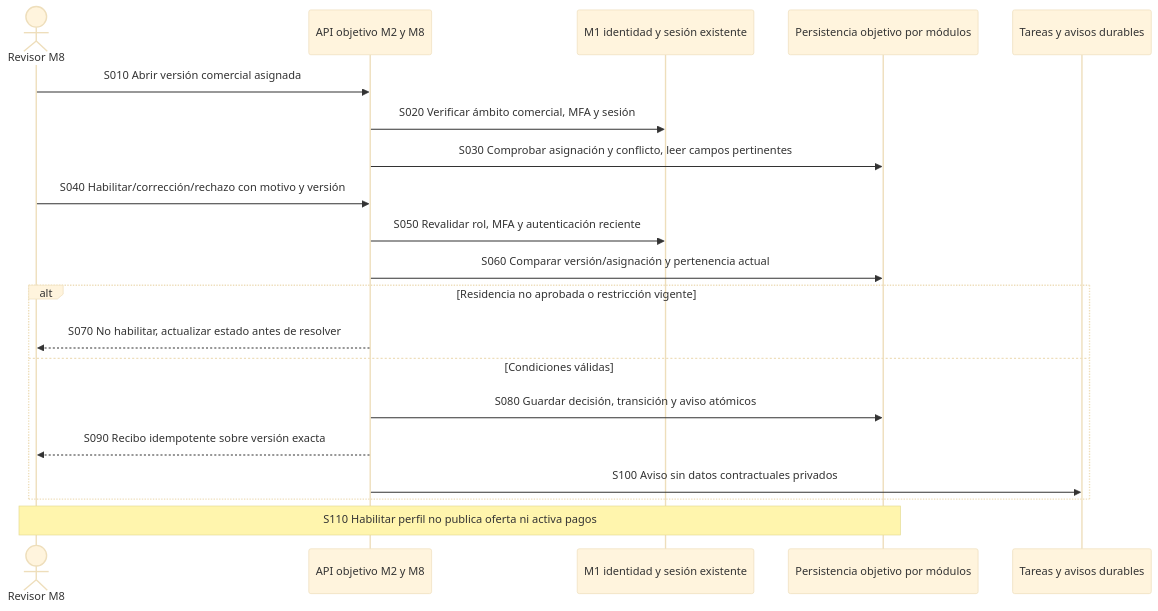
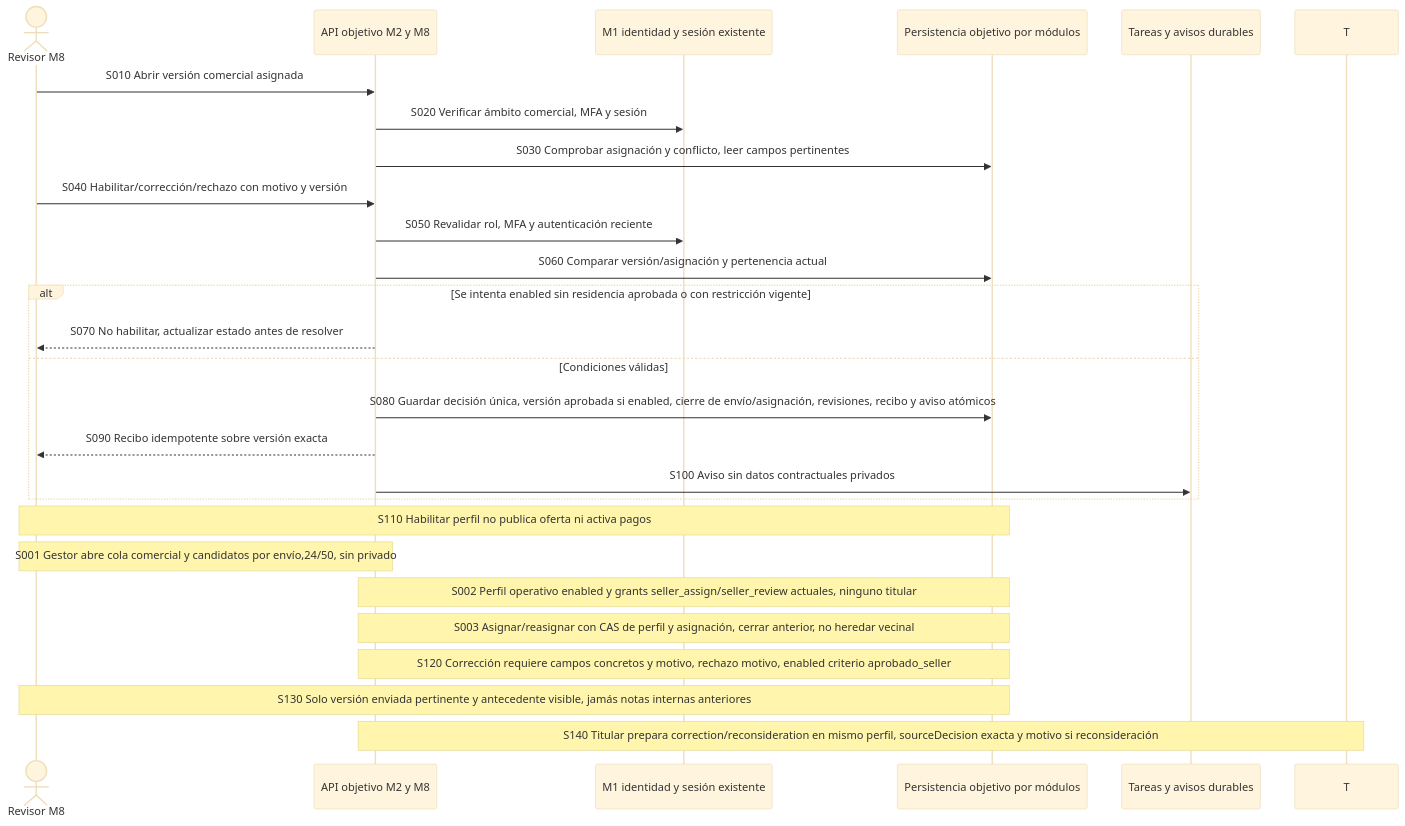
One commit to AndresRaRi/marleva changed the diagram in marleva-local/repositorio/docs/diagramas/secuencia/M8/MAR-M8-SEQ-004.mmd. Above: the diagram before and after it, drawn with Mermaid (base theme). The commit also changed 48 other files, not shown here.

```diff
--- a/marleva-local/repositorio/docs/diagramas/secuencia/M8/MAR-M8-SEQ-004.mmd
+++ b/marleva-local/repositorio/docs/diagramas/secuencia/M8/MAR-M8-SEQ-004.mmd
@@ -1,22 +1,28 @@
 %% MAR-M8-SEQ-004: Decisión de alta comercial
 %% 15-10-2026. Objetivo documental. Sin API o implementación acreditadas.
 sequenceDiagram
 actor R as Revisor M8
 participant A as API objetivo M2 y M8
 participant I as M1 identidad y sesión existente
 participant D as Persistencia objetivo por módulos
 participant W as Tareas y avisos durables
 R->>A: S010 Abrir versión comercial asignada
 A->>I: S020 Verificar ámbito comercial, MFA y sesión
 A->>D: S030 Comprobar asignación y conflicto, leer campos pertinentes
 R->>A: S040 Habilitar/corrección/rechazo con motivo y versión
 A->>I: S050 Revalidar rol, MFA y autenticación reciente
 A->>D: S060 Comparar versión/asignación y pertenencia actual
-alt Residencia no aprobada o restricción vigente
+alt Se intenta enabled sin residencia aprobada o con restricción vigente
  A-->>R: S070 No habilitar, actualizar estado antes de resolver
 else Condiciones válidas
- A->>D: S080 Guardar decisión, transición y aviso atómicos
+ A->>D: S080 Guardar decisión única, versión aprobada si enabled, cierre de envío/asignación, revisiones, recibo y aviso atómicos
  A-->>R: S090 Recibo idempotente sobre versión exacta
  A->>W: S100 Aviso sin datos contractuales privados
 end
 Note over R,D: S110 Habilitar perfil no publica oferta ni activa pagos
+Note over R,A: S001 Gestor abre cola comercial y candidatos por envío,24/50, sin privado
+Note over A,D: S002 Perfil operativo enabled y grants seller_assign/seller_review actuales, ninguno titular
+Note over A,D: S003 Asignar/reasignar con CAS de perfil y asignación, cerrar anterior, no heredar vecinal
+Note over A,D: S120 Corrección requiere campos concretos y motivo, rechazo motivo, enabled criterio aprobado_seller
+Note over R,D: S130 Solo versión enviada pertinente y antecedente visible, jamás notas internas anteriores
+Note over T,A: S140 Titular prepara correction/reconsideration en mismo perfil, sourceDecision exacta y motivo si reconsideración
```
